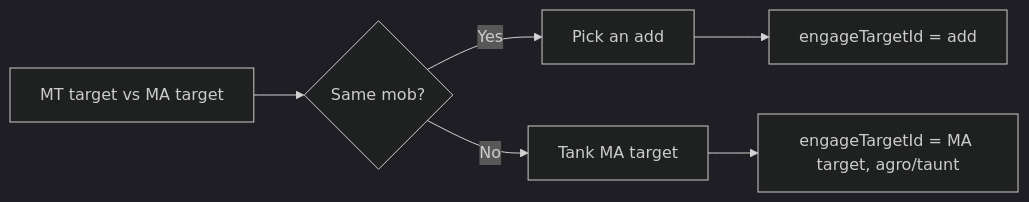
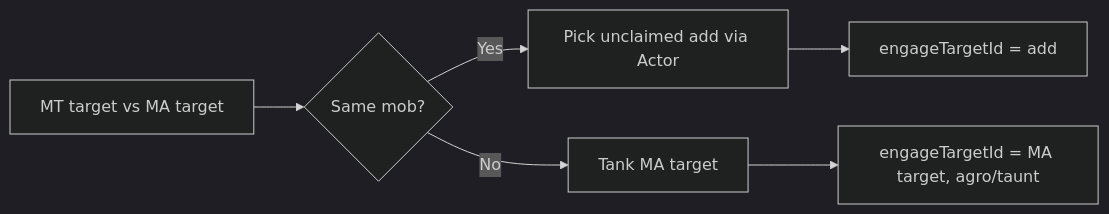
Before and after one commit to Cezero/czbot: the diagram in docs/offtank-configuration.md, drawn with Mermaid (dark theme). The commit also changed other lines of this file and 38 other files, not shown here.

````diff
--- a/docs/offtank-configuration.md
+++ b/docs/offtank-configuration.md
@@ -44,8 +42,8 @@
 ```mermaid
 flowchart LR
     A[MT target vs MA target] --> B{Same mob?}
-    B -->|Yes| C[Pick an add]
+    B -->|Yes| C[Pick unclaimed add via Actor]
     B -->|No| D[Tank MA target]
     C --> E[engageTargetId = add]
     D --> F[engageTargetId = MA target, agro/taunt]
 ```
````
